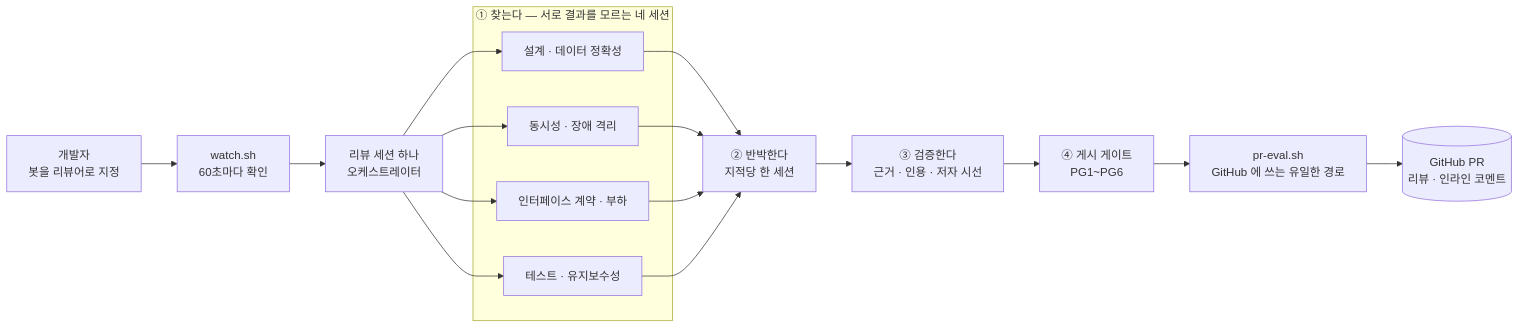
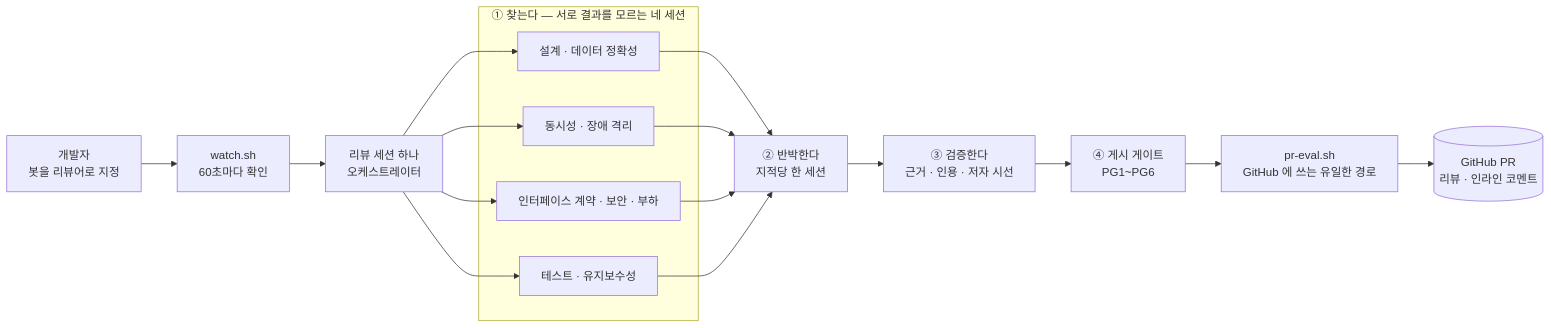
One commit to thswlsqls/tech-n-ai-backend changed the first of 3 diagrams in tools/pr-eval/README.md. Above: the diagram before and after it, drawn with Mermaid. The commit also changed other lines of this file and 7 other files, not shown here.

````diff
--- a/tools/pr-eval/README.md
+++ b/tools/pr-eval/README.md
@@ -88,19 +96,19 @@
 ```mermaid
 flowchart LR
   D[개발자<br/>봇을 리뷰어로 지정] --> W[watch.sh<br/>60초마다 확인]
   W --> O[리뷰 세션 하나<br/>오케스트레이터]
 
   subgraph F["① 찾는다 — 서로 결과를 모르는 네 세션"]
     J1[설계 · 데이터 정확성]
     J2[동시성 · 장애 격리]
-    J3[인터페이스 계약 · 부하]
+    J3[인터페이스 계약 · 보안 · 부하]
     J4[테스트 · 유지보수성]
   end
 
   O --> J1 & J2 & J3 & J4
   J1 & J2 & J3 & J4 --> R["② 반박한다<br/>지적당 한 세션"]
   R --> V["③ 검증한다<br/>근거 · 인용 · 저자 시선"]
   V --> G["④ 게시 게이트<br/>PG1~PG6"]
   G --> P["pr-eval.sh<br/>GitHub 에 쓰는 유일한 경로"]
   P --> GH[("GitHub PR<br/>리뷰 · 인라인 코멘트")]
 ```
````
